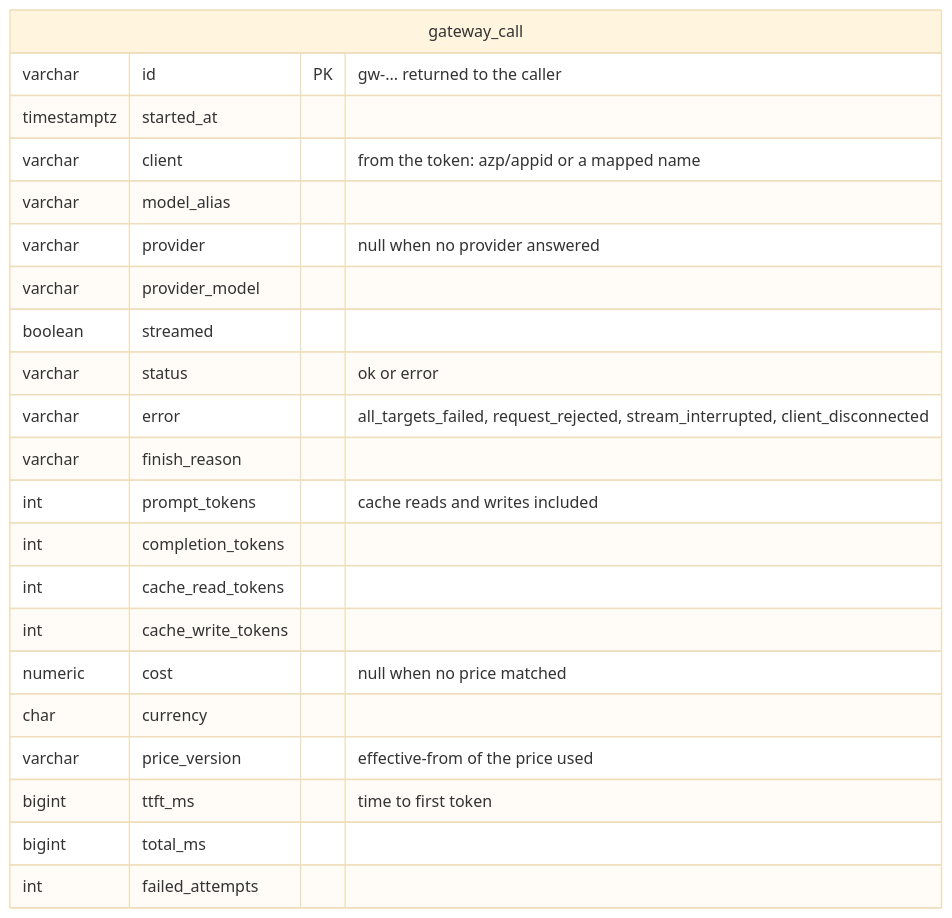
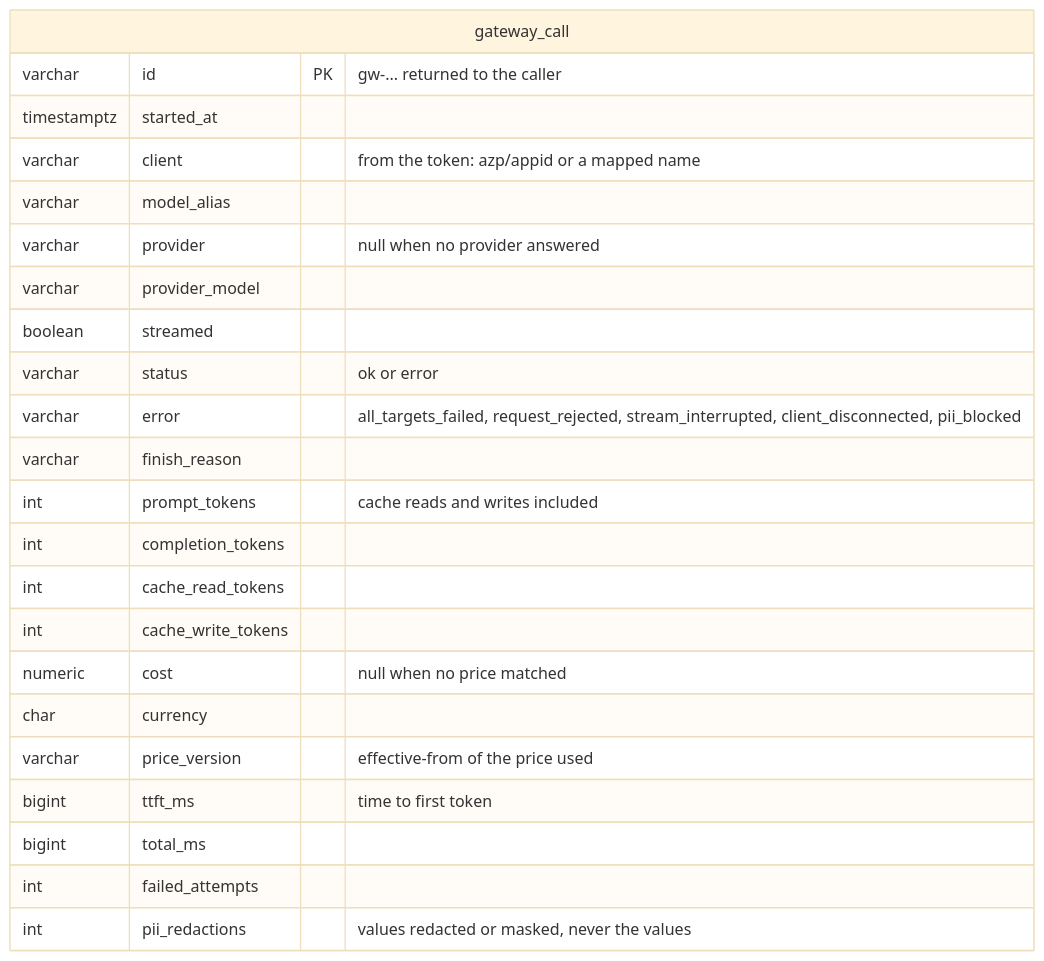
Before and after one commit to rmkr-dev/rag-eval-gateway: the second of 3 diagrams in docs/tracking.md, drawn with Mermaid (base theme). The commit also changed other lines of this file and 4 other files, not shown here.

````diff
--- a/docs/tracking.md
+++ b/docs/tracking.md
@@ -28,25 +28,26 @@
 ```mermaid
 erDiagram
     gateway_call {
         varchar id PK "gw-... returned to the caller"
         timestamptz started_at
         varchar client "from the token: azp/appid or a mapped name"
         varchar model_alias
         varchar provider "null when no provider answered"
         varchar provider_model
         boolean streamed
         varchar status "ok or error"
-        varchar error "all_targets_failed, request_rejected, stream_interrupted, client_disconnected"
+        varchar error "all_targets_failed, request_rejected, stream_interrupted, client_disconnected, pii_blocked"
         varchar finish_reason
         int prompt_tokens "cache reads and writes included"
         int completion_tokens
         int cache_read_tokens
         int cache_write_tokens
         numeric cost "null when no price matched"
         char currency
         varchar price_version "effective-from of the price used"
         bigint ttft_ms "time to first token"
         bigint total_ms
         int failed_attempts
+        int pii_redactions "values redacted or masked, never the values"
     }
 ```
````
